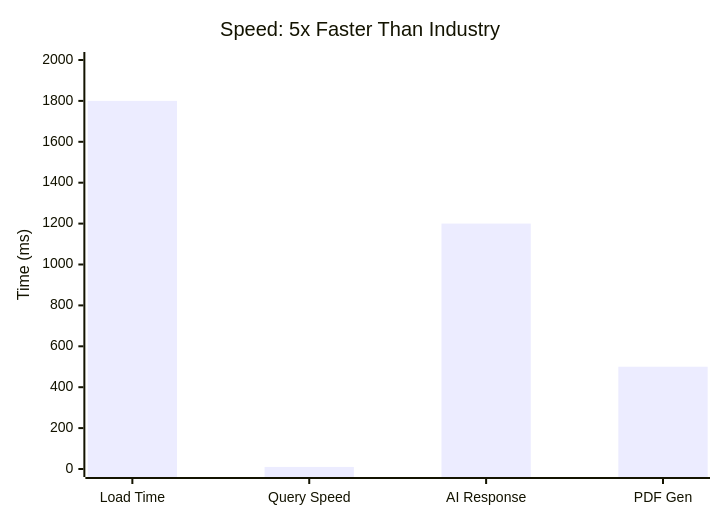
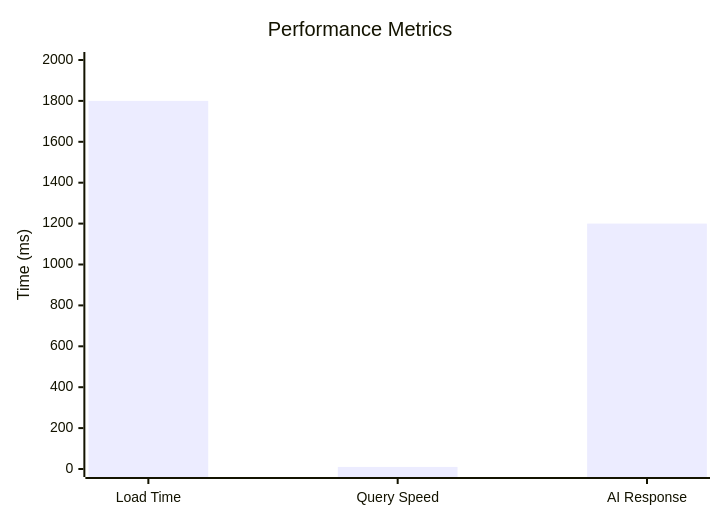
The fourth of 8 diagrams in README.md (Iceman-Dann/Medly), drawn with Mermaid before and after one commit. The commit also changed other lines of this file, not shown here.

````diff
--- a/README.md
+++ b/README.md
@@ -79,7 +62,7 @@
 ```mermaid
 xychart-beta
-    title "Speed: 5x Faster Than Industry"
-    x-axis ["Load Time", "Query Speed", "AI Response", "PDF Gen"]
+    title "Performance Metrics"
+    x-axis ["Load Time", "Query Speed", "AI Response"]
     y-axis "Time (ms)" 0 --> 2000
-    bar [1800, 10, 1200, 500]
+    bar [1800, 10, 1200]
 ```
````
